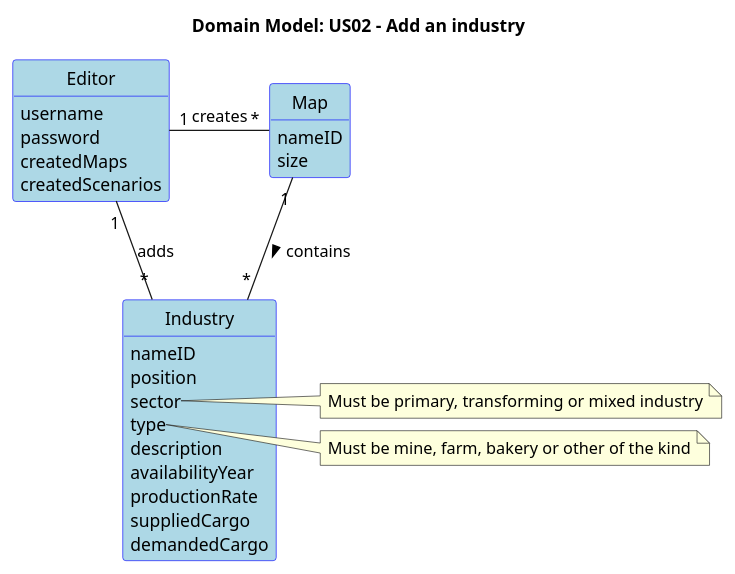
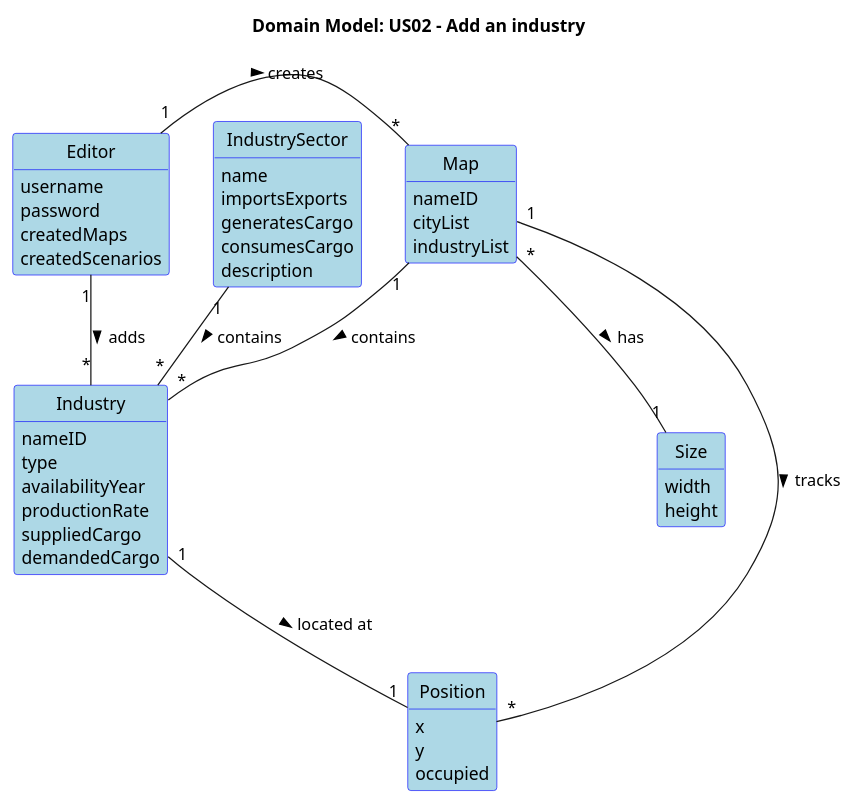
The diagram in docs/system-documentation/Sprint 2/US02/02.analysis/puml/US002-DM.puml (HenriqueSilva18/Railway-Network-Simulator), drawn with PlantUML before and after one commit. The commit also changed 22 other files, not shown here.

```diff
--- a/docs/system-documentation/Sprint 2/US02/02.analysis/puml/US002-DM.puml
+++ b/docs/system-documentation/Sprint 2/US02/02.analysis/puml/US002-DM.puml
@@ -1,55 +1,77 @@
 @startuml
 skinparam packageStyle rectangle
 skinparam shadowing false
 skinparam classAttributeIconSize 0
 skinparam class {
   BackgroundColor LightBlue
   BorderColor Blue
 }
 
 'left to right direction
 
 skinparam classAttributeIconSize 0
 
 hide circle
 hide methods
 
 title Domain Model: US02 - Add an industry
 
 class Editor {
   username
   password
   createdMaps
   createdScenarios
 }
 
 class Map {
-   nameID
-   size
+  nameID
+  cityList
+  industryList
 }
 
 class Industry {
   nameID
-  position
-  sector
   type
-  description
   availabilityYear
   productionRate
   suppliedCargo
   demandedCargo
+}
+
+class IndustrySector {
+  name
+  importsExports
+  generatesCargo
+  consumesCargo
+  description
+}
+
+class Position {
+  x
+  y
+  occupied
+}
+
+class Size {
+  width
+  height
 }
 
 note right of Industry::sector
   Must be primary, transforming or mixed industry
 end note
 
 note right of Industry::type
   Must be mine, farm, bakery or other of the kind
 end note
 
 Map "1" -- "*" Industry: contains >
-Editor "1" -- "*" Industry: adds
-Editor "1" - "*" Map: creates
+Editor "1" -- "*" Industry: adds >
+Editor "1" - "*" Map: creates >
+
+Map "1" -- "*" Position : tracks >
+Industry "1" -- "1" Position : located at >
+IndustrySector "1" -- "*" Industry : contains >
+Map "*" -- "1" Size : has >
 
 @enduml
```
